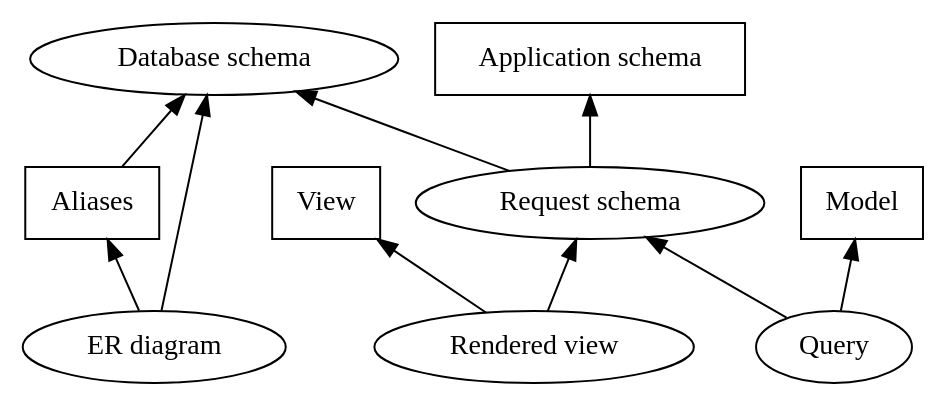
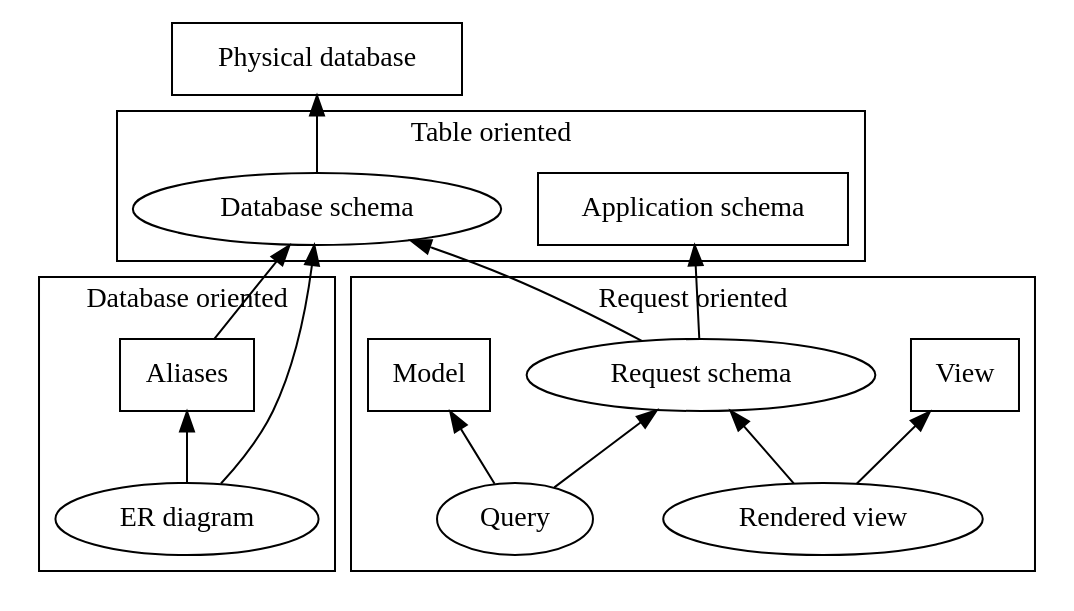
The diagram in misc/dependency.dot (sagittar-org/pieni), drawn with Graphviz before and after one commit.

Commit message:
2018-05-01 15:16:47

```diff
--- a/misc/dependency.dot
+++ b/misc/dependency.dot
@@ -1,23 +1,46 @@
 digraph database_schema {
 	rankdir=TB;
 
+	subgraph cluster_database_oriented {
+		label = "Database oriented";
+		aliases;
+		er_diagram;
+	}
+
+	subgraph cluster_table_oriented {
+		label = "Table oriented";
+		database_schema;
+		application_schema;
+	}
+
+	subgraph cluster_request_oriented {
+		label = "Request oriented";
+		request_schema;
+		view;
+		rendered_view;
+		model;
+		query;
+	}
+
+	physical_database [label="Physical database" shape="rect"];
 	database_schema [label="Database schema"];
 	aliases [label="Aliases" shape="rect"];
 	er_diagram [label="ER diagram"];
 	application_schema [label="Application schema" shape="rect"];
 	request_schema [label="Request schema"];
 	view [label="View" shape="rect"];
 	rendered_view [label="Rendered view"];
 	model [label="Model" shape="rect"];
 	query [label="Query"];
 
+	physical_database -> database_schema [dir="back"];
 	database_schema -> aliases [dir="back"];
 	database_schema -> er_diagram [dir="back"];
 	aliases -> er_diagram [dir="back"];
 	database_schema -> request_schema [dir="back"];
 	application_schema -> request_schema [dir="back"];
 	request_schema -> rendered_view [dir="back"];
 	view -> rendered_view [dir="back"];
 	request_schema -> query [dir="back"];
 	model -> query [dir="back"];
 }
```
